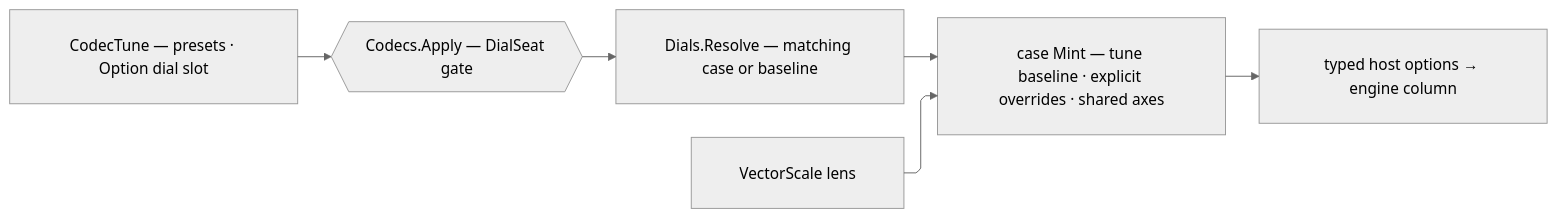
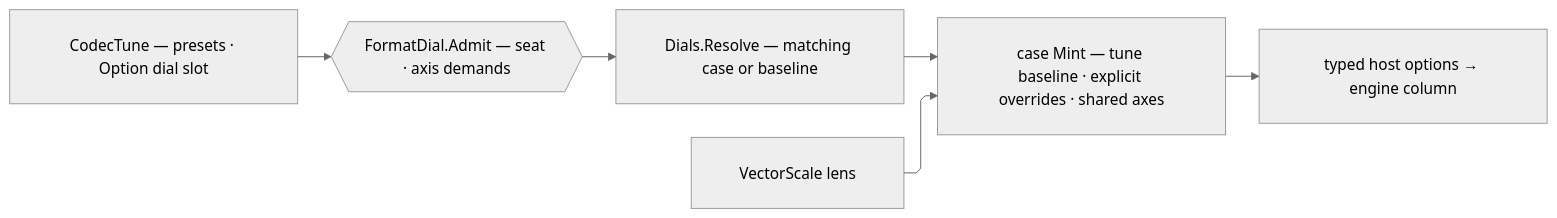
Before and after one commit to bsamiee/Rasm: the diagram in libs/csharp/Rasm.Rhino/.planning/Exchange/options.md, drawn with Mermaid (neutral theme). The commit also changed other lines of this file and 818 other files, not shown here.

````diff
--- a/libs/csharp/Rasm.Rhino/.planning/Exchange/options.md
+++ b/libs/csharp/Rasm.Rhino/.planning/Exchange/options.md
@@ -1060,17 +1379,17 @@
 ```mermaid
 ---
 config:
   layout: elk
   flowchart:
     curve: linear
     padding: 25
 ---
 flowchart LR
     accTitle: Dial resolution and host option minting
-    accDescr: A tune with its optional dial slot passes the seat gate, resolves to the matching or default dial case, mints the typed host options over the tune baseline, and composes the vector scale lens before the engine column consumes the result.
-    Tune["CodecTune — presets · Option dial slot"] --> Gate{{"Codecs.Apply — DialSeat gate"}}
+    accDescr: A tune with its optional dial slot passes the dial door proving seat correspondence and every requested capability axis, resolves to the matching or default dial case, mints the typed host options over the tune baseline, and composes the vector scale lens before the engine column consumes the result.
+    Tune["CodecTune — presets · Option dial slot"] --> Gate{{"FormatDial.Admit — seat · axis demands"}}
     Gate --> Resolve["Dials.Resolve — matching case or baseline"]
     Resolve --> Mint["case Mint — tune baseline · explicit overrides · shared axes"]
     Scale["VectorScale lens"] --> Mint
     Mint --> Host["typed host options → engine column"]
 ```
````
